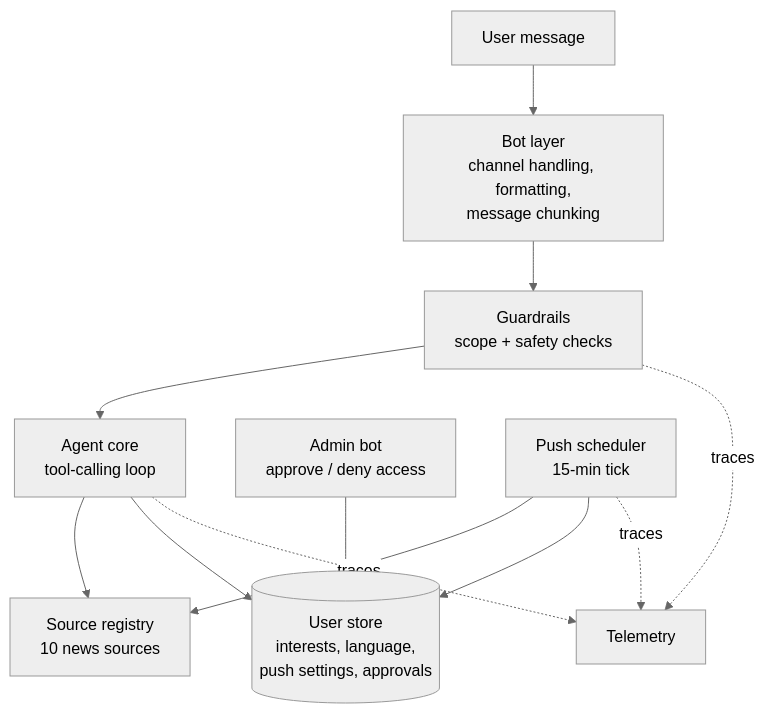
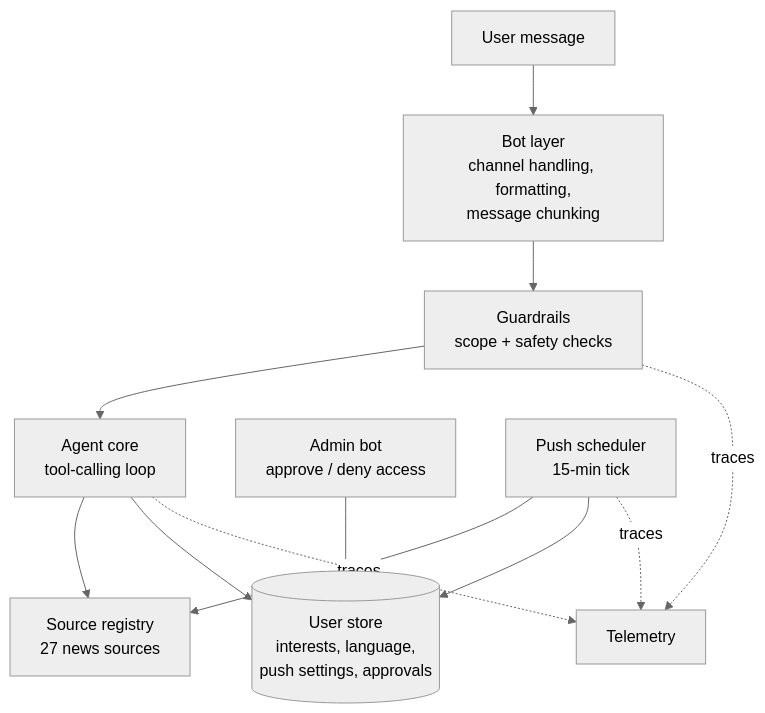
One commit to nankma/argus changed the third of 6 diagrams in docs/system-overview.md. Above: the diagram before and after it, drawn with Mermaid (neutral theme). The commit also changed other lines of this file and 16 other files, not shown here.

````diff
--- a/docs/system-overview.md
+++ b/docs/system-overview.md
@@ -229,14 +252,14 @@
 ```mermaid
 flowchart TB
     U["User message"] --> BOT["Bot layer<br/>channel handling, formatting,<br/>message chunking"]
     BOT --> GUARD["Guardrails<br/>scope + safety checks"]
     GUARD --> AGENT["Agent core<br/>tool-calling loop"]
-    AGENT --> SRC["Source registry<br/>10 news sources"]
+    AGENT --> SRC["Source registry<br/>27 news sources"]
     AGENT --> DB[("User store<br/>interests, language,<br/>push settings, approvals")]
     ADMIN["Admin bot<br/>approve / deny access"] --> DB
     SCHED["Push scheduler<br/>15-min tick"] --> SRC
     SCHED --> DB
     AGENT -.->|traces| TEL["Telemetry"]
     GUARD -.->|traces| TEL
     SCHED -.->|traces| TEL
 ```
````
